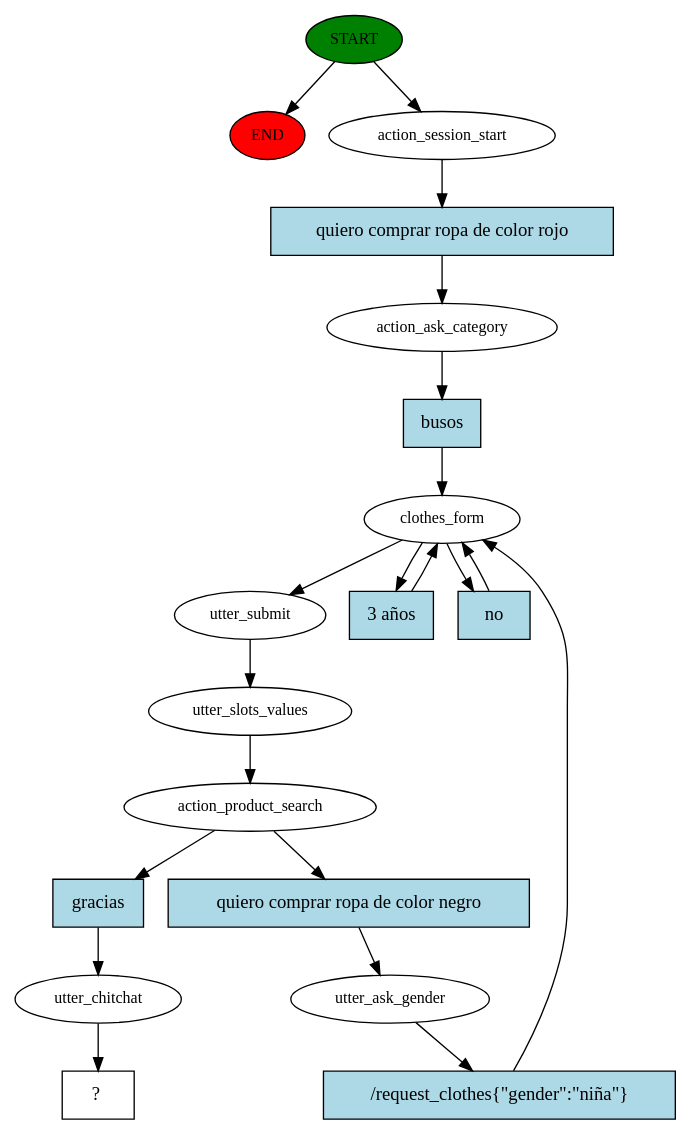
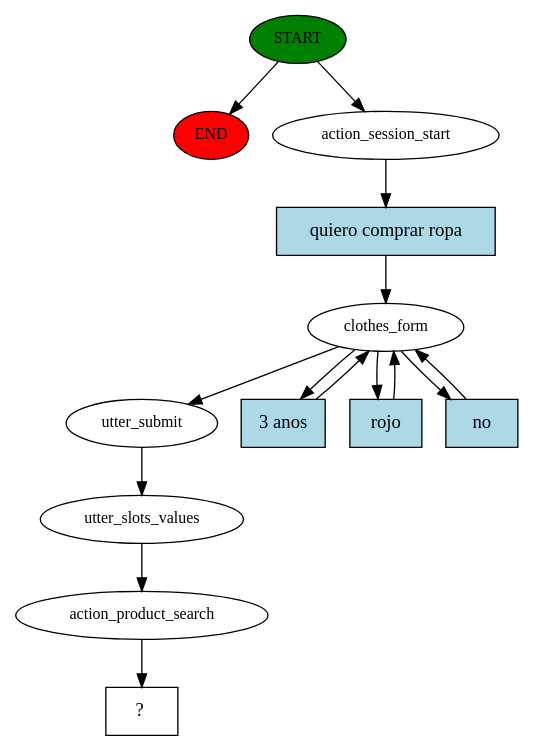
The diagram in chatbot/story_graph.dot (kabirivan/ChatBot-Clothes), drawn with Graphviz before and after one commit. The commit also changed 3 other files, not shown here.

```diff
--- a/chatbot/story_graph.dot
+++ b/chatbot/story_graph.dot
@@ -1,40 +1,28 @@
 digraph  {
 0 [class="start active", fillcolor=green, fontsize=12, label=START, style=filled];
 "-1" [class=end, fillcolor=red, fontsize=12, label=END, style=filled];
 1 [class=active, fontsize=12, label=action_session_start];
-2 [class=active, fontsize=12, label=action_ask_category];
-3 [class=active, fontsize=12, label=clothes_form];
-7 [class=active, fontsize=12, label=utter_submit];
-8 [class=active, fontsize=12, label=utter_slots_values];
-9 [class=active, fontsize=12, label=action_product_search];
-10 [class=active, fontsize=12, label=utter_ask_gender];
-18 [class=active, fontsize=12, label=utter_chitchat];
-19 [class="intent dashed active", label="  ?  ", shape=rect];
-20 [class="intent active", fillcolor=lightblue, label="quiero comprar ropa de color rojo", shape=rect, style=filled];
-21 [class="intent active", fillcolor=lightblue, label=busos, shape=rect, style=filled];
-22 [class="intent active", fillcolor=lightblue, label="3 años", shape=rect, style=filled];
-23 [class="intent active", fillcolor=lightblue, label=no, shape=rect, style=filled];
-24 [class="intent active", fillcolor=lightblue, label="quiero comprar ropa de color negro", shape=rect, style=filled];
-25 [class="intent active", fillcolor=lightblue, label=gracias, shape=rect, style=filled];
-26 [class="intent active", fillcolor=lightblue, label="/request_clothes{\"gender\":\"niña\"}", shape=rect, style=filled];
+2 [class=active, fontsize=12, label=clothes_form];
+9 [class=active, fontsize=12, label=utter_submit];
+10 [class=active, fontsize=12, label=utter_slots_values];
+11 [class=active, fontsize=12, label=action_product_search];
+12 [class="intent dashed active", label="  ?  ", shape=rect];
+13 [class="intent active", fillcolor=lightblue, label="quiero comprar ropa", shape=rect, style=filled];
+14 [class="intent active", fillcolor=lightblue, label="3 anos", shape=rect, style=filled];
+15 [class="intent active", fillcolor=lightblue, label=rojo, shape=rect, style=filled];
+16 [class="intent active", fillcolor=lightblue, label=no, shape=rect, style=filled];
 0 -> "-1"  [class="", key=NONE, label=""];
 0 -> 1  [class=active, key=NONE, label=""];
-1 -> 20  [class=active, key=0];
-2 -> 21  [class=active, key=0];
-3 -> 7  [class=active, key=NONE, label=""];
-3 -> 22  [class=active, key=0];
-3 -> 23  [class=active, key=0];
-7 -> 8  [class=active, key=NONE, label=""];
-8 -> 9  [class=active, key=NONE, label=""];
-9 -> 24  [class=active, key=0];
-9 -> 25  [class=active, key=0];
-10 -> 26  [class=active, key=0];
-18 -> 19  [class=active, key=NONE, label=""];
-20 -> 2  [class=active, key=0];
-21 -> 3  [class=active, key=0];
-22 -> 3  [class=active, key=0];
-23 -> 3  [class=active, key=0];
-24 -> 10  [class=active, key=0];
-25 -> 18  [class=active, key=0];
-26 -> 3  [class=active, key=0];
+1 -> 13  [class=active, key=0];
+2 -> 9  [class=active, key=NONE, label=""];
+2 -> 14  [class=active, key=0];
+2 -> 15  [class=active, key=0];
+2 -> 16  [class=active, key=0];
+9 -> 10  [class=active, key=NONE, label=""];
+10 -> 11  [class=active, key=NONE, label=""];
+11 -> 12  [class=active, key=NONE, label=""];
+13 -> 2  [class=active, key=0];
+14 -> 2  [class=active, key=0];
+15 -> 2  [class=active, key=0];
+16 -> 2  [class=active, key=0];
 }
```
